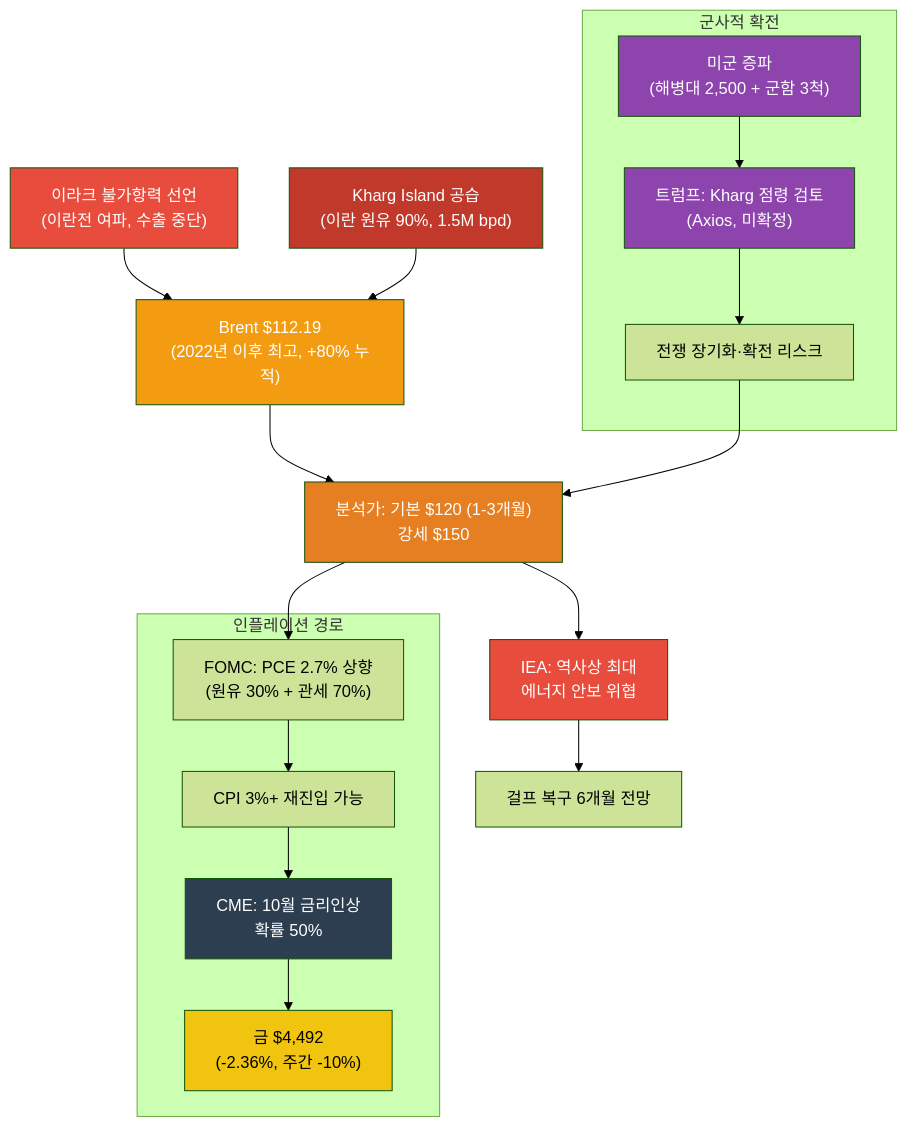
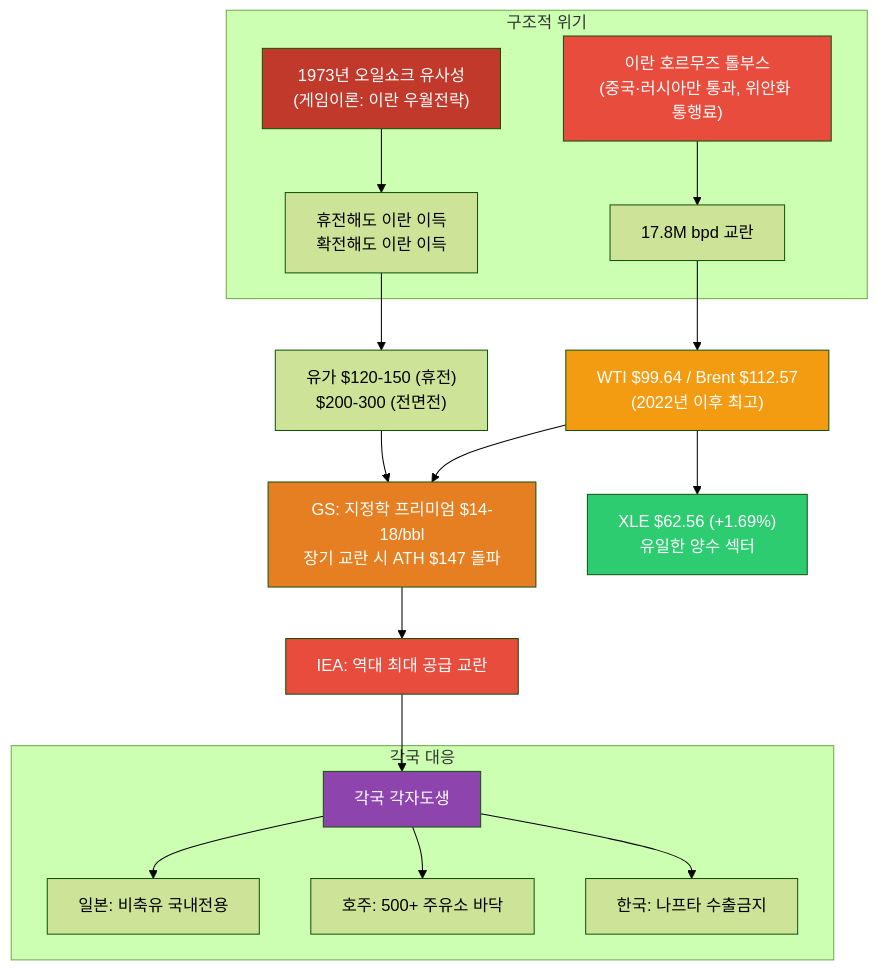
The first of 11 diagrams in _posts/knowledge/invest/2026-03-07-energy-sector-outlook-2026.md (dss99911/dss99911.github.io), drawn with Mermaid (forest theme) before and after one commit. The commit also changed other lines of this file and 3 other files, not shown here.

First line of the commit message:
투자 데일리 트랙킹 3/28: WTI $100 목전, Fed 인상 52%, 호르무즈 톨부스

````diff
--- a/_posts/knowledge/invest/2026-03-07-energy-sector-outlook-2026.md
+++ b/_posts/knowledge/invest/2026-03-07-energy-sector-outlook-2026.md
@@ -45,42 +42,42 @@
 ```mermaid
 graph TD
-    A["이라크 불가항력 선언<br/>(이란전 여파, 수출 중단)"] --> B["Brent $112.19<br/>(2022년 이후 최고, +80% 누적)"]
-    C["Kharg Island 공습<br/>(이란 원유 90%, 1.5M bpd)"] --> B
+    A["이란 호르무즈 톨부스<br/>(중국·러시아만 통과, 위안화 통행료)"] --> B["17.8M bpd 교란"]
+    B --> C["WTI $99.64 / Brent $112.57<br/>(2022년 이후 최고)"]
 
-    D["미군 증파<br/>(해병대 2,500 + 군함 3척)"] --> E["트럼프: Kharg 점령 검토<br/>(Axios, 미확정)"]
-    E --> F["전쟁 장기화·확전 리스크"]
+    D["1973년 오일쇼크 유사성<br/>(게임이론: 이란 우월전략)"] --> E["휴전해도 이란 이득<br/>확전해도 이란 이득"]
+    E --> F["유가 $120-150 #40;휴전#41;<br/>$200-300 #40;전면전#41;"]
 
-    B --> G["분석가: 기본 $120 (1-3개월)<br/>강세 $150"]
+    C --> G["GS: 지정학 프리미엄 $14-18/bbl<br/>장기 교란 시 ATH $147 돌파"]
     F --> G
 
-    G --> H["IEA: 역사상 최대<br/>에너지 안보 위협"]
-    H --> I["걸프 복구 6개월 전망"]
+    G --> H["IEA: 역대 최대 공급 교란"]
 
-    G --> J["FOMC: PCE 2.7% 상향<br/>(원유 30% + 관세 70%)"]
-    J --> K["CPI 3%+ 재진입 가능"]
-    K --> L["CME: 10월 금리인상<br/>확률 50%"]
-    L --> M["금 $4,492<br/>(-2.36%, 주간 -10%)"]
+    H --> I["각국 각자도생"]
+    I --> J["일본: 비축유 국내전용"]
+    I --> K["호주: 500+ 주유소 바닥"]
+    I --> L["한국: 나프타 수출금지"]
 
-    subgraph military["군사적 확전"]
+    C --> M["XLE $62.56 #40;+1.69%#41;<br/>유일한 양수 섹터"]
+
+    subgraph crisis["구조적 위기"]
+        A
+        B
         D
         E
-        F
     end
 
-    subgraph inflation["인플레이션 경로"]
+    subgraph response["각국 대응"]
+        I
         J
         K
         L
-        M
     end
 
     style A fill:#e74c3c,color:#fff
-    style C fill:#c0392b,color:#fff
-    style B fill:#f39c12,color:#fff
-    style D fill:#8e44ad,color:#fff
-    style E fill:#8e44ad,color:#fff
+    style D fill:#c0392b,color:#fff
+    style C fill:#f39c12,color:#fff
     style G fill:#e67e22,color:#fff
     style H fill:#e74c3c,color:#fff
-    style L fill:#2c3e50,color:#fff
-    style M fill:#f1c40f,color:#000
+    style M fill:#2ecc71,color:#fff
+    style I fill:#8e44ad,color:#fff
 ```
````
